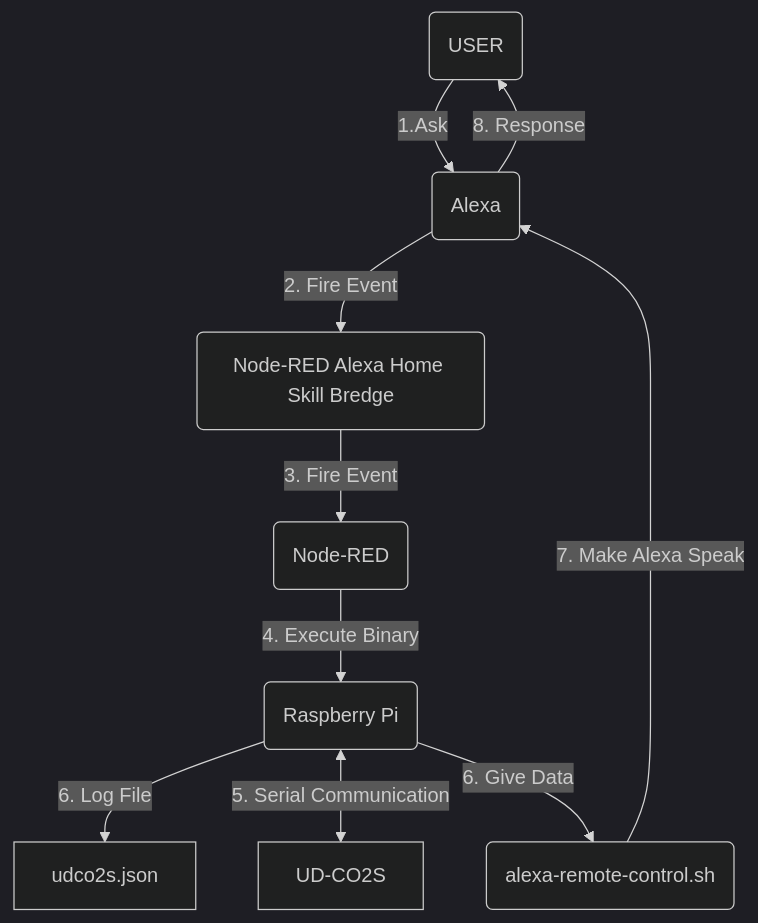
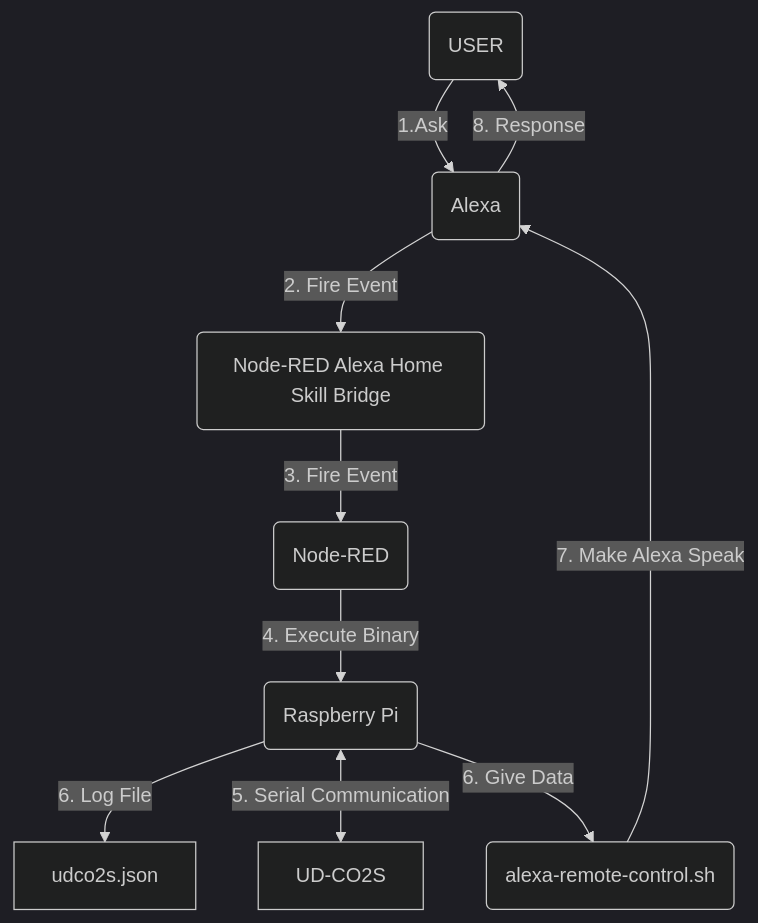
The diagram in README.md (rakkyo150/ud-co2s-with-raspberry-pi-and-alexa), drawn with Mermaid (dark theme) before and after one commit.

Commit message:
誤字修正

````diff
--- a/README.md
+++ b/README.md
@@ -10,12 +10,12 @@
 ```mermaid
 flowchart
   Zero(USER) --1.Ask--> First(Alexa)
   First --8. Response--> Zero
-  First --2. Fire Event--> Second(Node-RED Alexa Home Skill Bredge)
+  First --2. Fire Event--> Second(Node-RED Alexa Home Skill Bridge)
   Second --3. Fire Event--> Third(Node-RED)
   Third --4. Execute Binary--> Forth(Raspberry Pi)
   Forth -- 6. Log File --> udco2s.json
   Forth <-- 5. Serial Communication --> UD-CO2S
   Forth --6. Give Data--> Sixth(alexa-remote-control.sh)
   Sixth -- 7. Make Alexa Speak --> First
 ```
````
